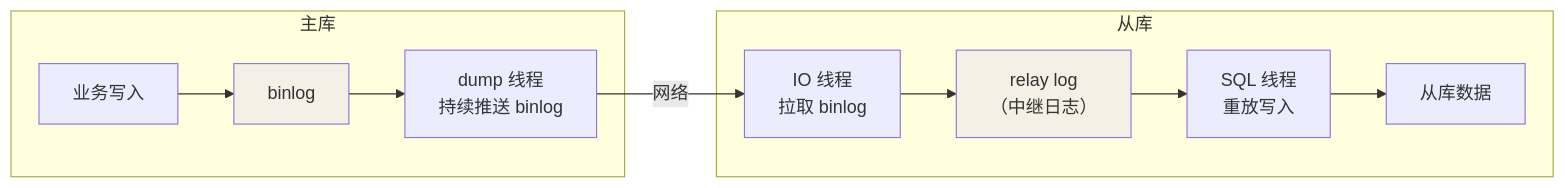
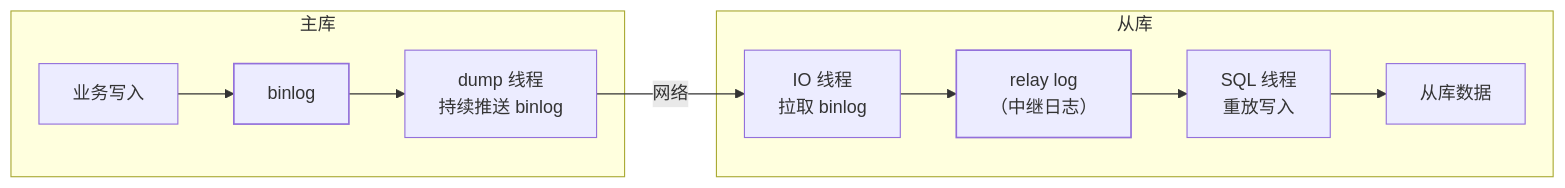
One commit to Loadhao/ascension changed the first of 2 diagrams in src/content/docs/mysql/advanced/performance-ha/02-replication-sharding.md. Above: the diagram before and after it, drawn with Mermaid. The commit also changed other lines of this file and 87 other files, not shown here.

First line of the commit message:
fix: 全站图表配色改由主题接管，修复暗色主题下浅底浅字看不清

````diff
--- a/src/content/docs/mysql/advanced/performance-ha/02-replication-sharding.md
+++ b/src/content/docs/mysql/advanced/performance-ha/02-replication-sharding.md
@@ -9,16 +9,17 @@
 ```mermaid
 flowchart LR
     subgraph MASTER["主库"]
         W["业务写入"] --> BL["binlog"]
         BL --> DUMP["dump 线程<br/>持续推送 binlog"]
     end
     subgraph SLAVE["从库"]
         IO["IO 线程<br/>拉取 binlog"] --> RELAY["relay log<br/>（中继日志）"]
         RELAY --> SQL["SQL 线程<br/>重放写入"]
         SQL --> SLAVEDB["从库数据"]
     end
     DUMP -->|"网络"| IO
 
-    style BL fill:#f5f0e6
-    style RELAY fill:#f5f0e6
+    class BL hl
+    class RELAY hl
+    classDef hl stroke-width:1.5px
 ```
````
